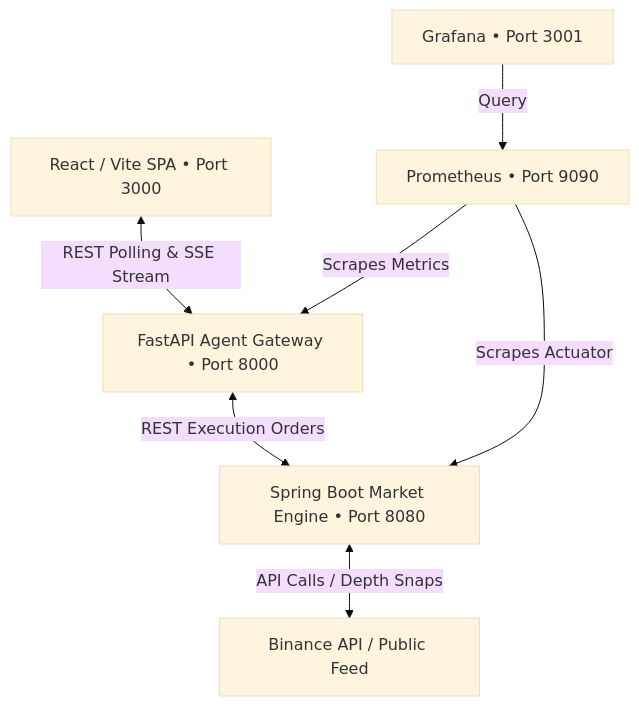
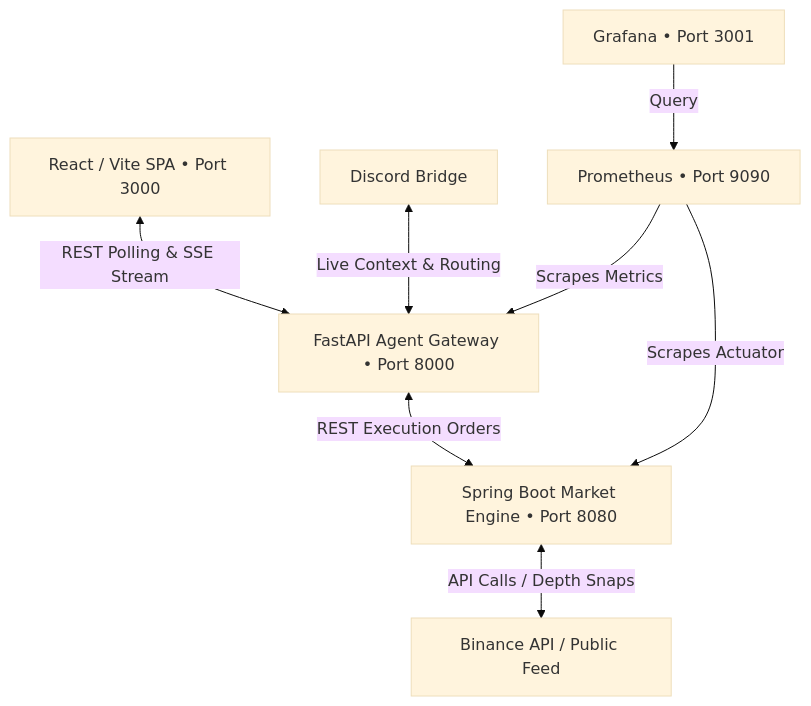
One commit to Servation/ottr-hft-quant-cockpit changed the diagram in README.md. Above: the diagram before and after it, drawn with Mermaid (base theme). The commit also changed other lines of this file and 10 other files, not shown here.

Commit message:
feat(discord-bridge): add live LLM intent router, local semantic memory, and order book logic

````diff
--- a/README.md
+++ b/README.md
@@ -9,10 +9,11 @@
 ```mermaid
 graph TD
     UI[React / Vite SPA • Port 3000] <-->|REST Polling & SSE Stream| PY[FastAPI Agent Gateway • Port 8000]
     PY <-->|REST Execution Orders| JV[Spring Boot Market Engine • Port 8080]
     JV <-->|API Calls / Depth Snaps| BN[Binance API / Public Feed]
+    DB[Discord Bridge] <-->|Live Context & Routing| PY
     
     PROM[Prometheus • Port 9090] -->|Scrapes Metrics| PY
     PROM -->|Scrapes Actuator| JV
     GRAF[Grafana • Port 3001] -->|Query| PROM
 ```
````
